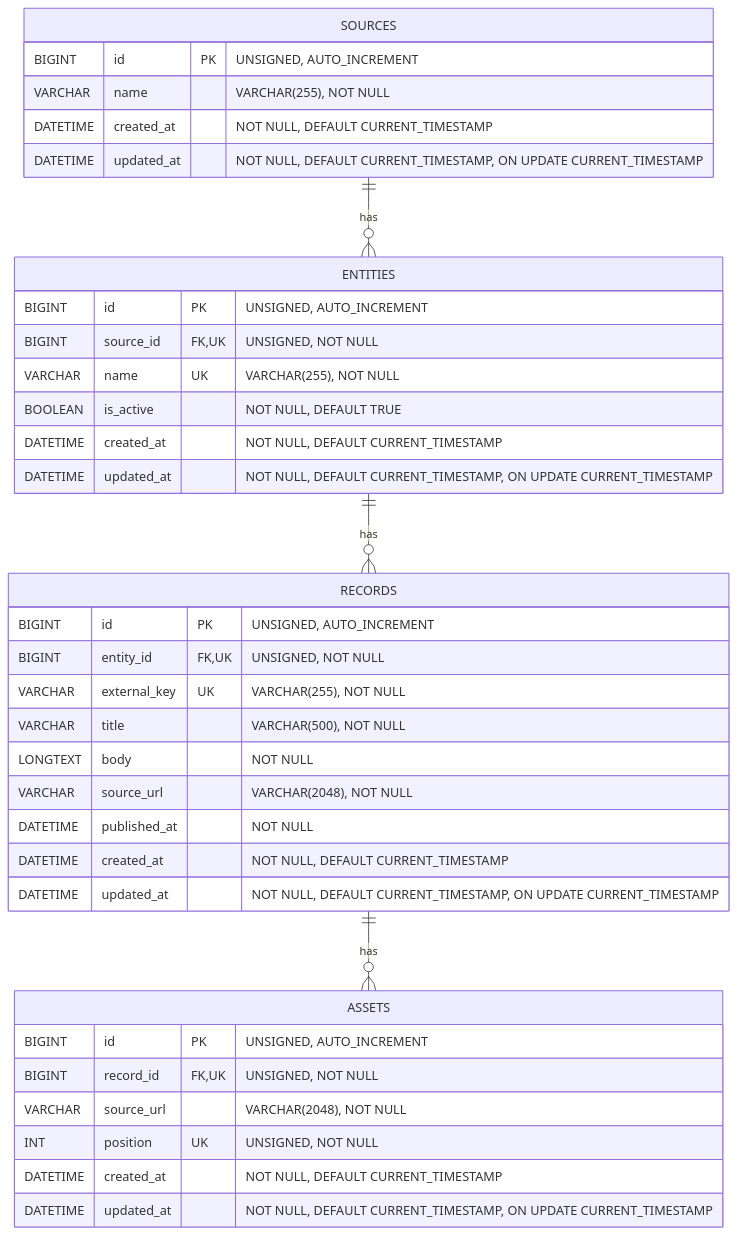
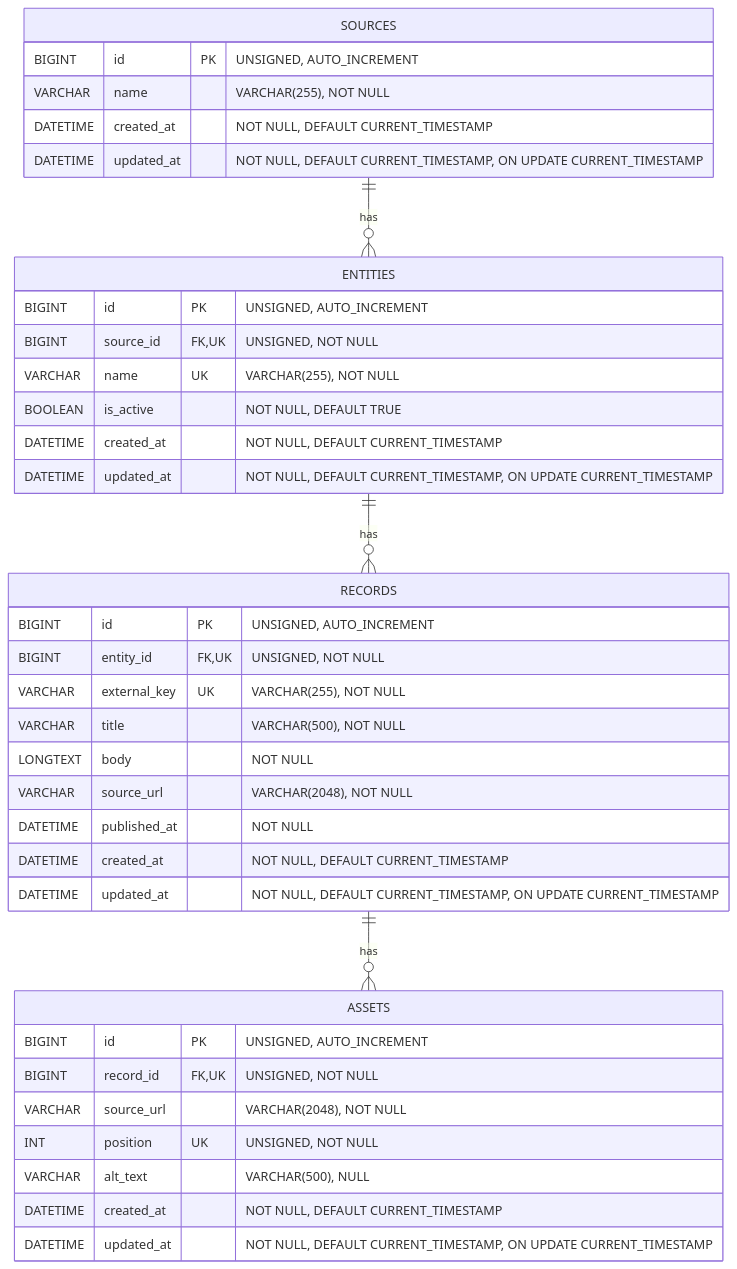
The diagram in docs/db/er-diagram.md (kishimin/slope-collector), drawn with Mermaid before and after one commit. The commit also changed other lines of this file and 1 other file, not shown here.

Commit message:
docs: describe durable collection workflow
Operators need explicit migration and collection commands before using the new resumable persistence flow.

````diff
--- a/docs/db/er-diagram.md
+++ b/docs/db/er-diagram.md
@@ -3,43 +3,44 @@
 ```mermaid
 erDiagram
     SOURCES ||--o{ ENTITIES : has
     ENTITIES ||--o{ RECORDS : has
     RECORDS ||--o{ ASSETS : has
 
     SOURCES {
         BIGINT id PK "UNSIGNED, AUTO_INCREMENT"
         VARCHAR name "VARCHAR(255), NOT NULL"
         DATETIME created_at "NOT NULL, DEFAULT CURRENT_TIMESTAMP"
         DATETIME updated_at "NOT NULL, DEFAULT CURRENT_TIMESTAMP, ON UPDATE CURRENT_TIMESTAMP"
     }
 
     ENTITIES {
         BIGINT id PK "UNSIGNED, AUTO_INCREMENT"
         BIGINT source_id FK,UK "UNSIGNED, NOT NULL"
         VARCHAR name UK "VARCHAR(255), NOT NULL"
         BOOLEAN is_active "NOT NULL, DEFAULT TRUE"
         DATETIME created_at "NOT NULL, DEFAULT CURRENT_TIMESTAMP"
         DATETIME updated_at "NOT NULL, DEFAULT CURRENT_TIMESTAMP, ON UPDATE CURRENT_TIMESTAMP"
     }
 
     RECORDS {
         BIGINT id PK "UNSIGNED, AUTO_INCREMENT"
         BIGINT entity_id FK,UK "UNSIGNED, NOT NULL"
         VARCHAR external_key UK "VARCHAR(255), NOT NULL"
         VARCHAR title "VARCHAR(500), NOT NULL"
         LONGTEXT body "NOT NULL"
         VARCHAR source_url "VARCHAR(2048), NOT NULL"
         DATETIME published_at "NOT NULL"
         DATETIME created_at "NOT NULL, DEFAULT CURRENT_TIMESTAMP"
         DATETIME updated_at "NOT NULL, DEFAULT CURRENT_TIMESTAMP, ON UPDATE CURRENT_TIMESTAMP"
     }
 
     ASSETS {
         BIGINT id PK "UNSIGNED, AUTO_INCREMENT"
         BIGINT record_id FK,UK "UNSIGNED, NOT NULL"
         VARCHAR source_url "VARCHAR(2048), NOT NULL"
         INT position UK "UNSIGNED, NOT NULL"
+        VARCHAR alt_text "VARCHAR(500), NULL"
         DATETIME created_at "NOT NULL, DEFAULT CURRENT_TIMESTAMP"
         DATETIME updated_at "NOT NULL, DEFAULT CURRENT_TIMESTAMP, ON UPDATE CURRENT_TIMESTAMP"
     }
 ```
````
